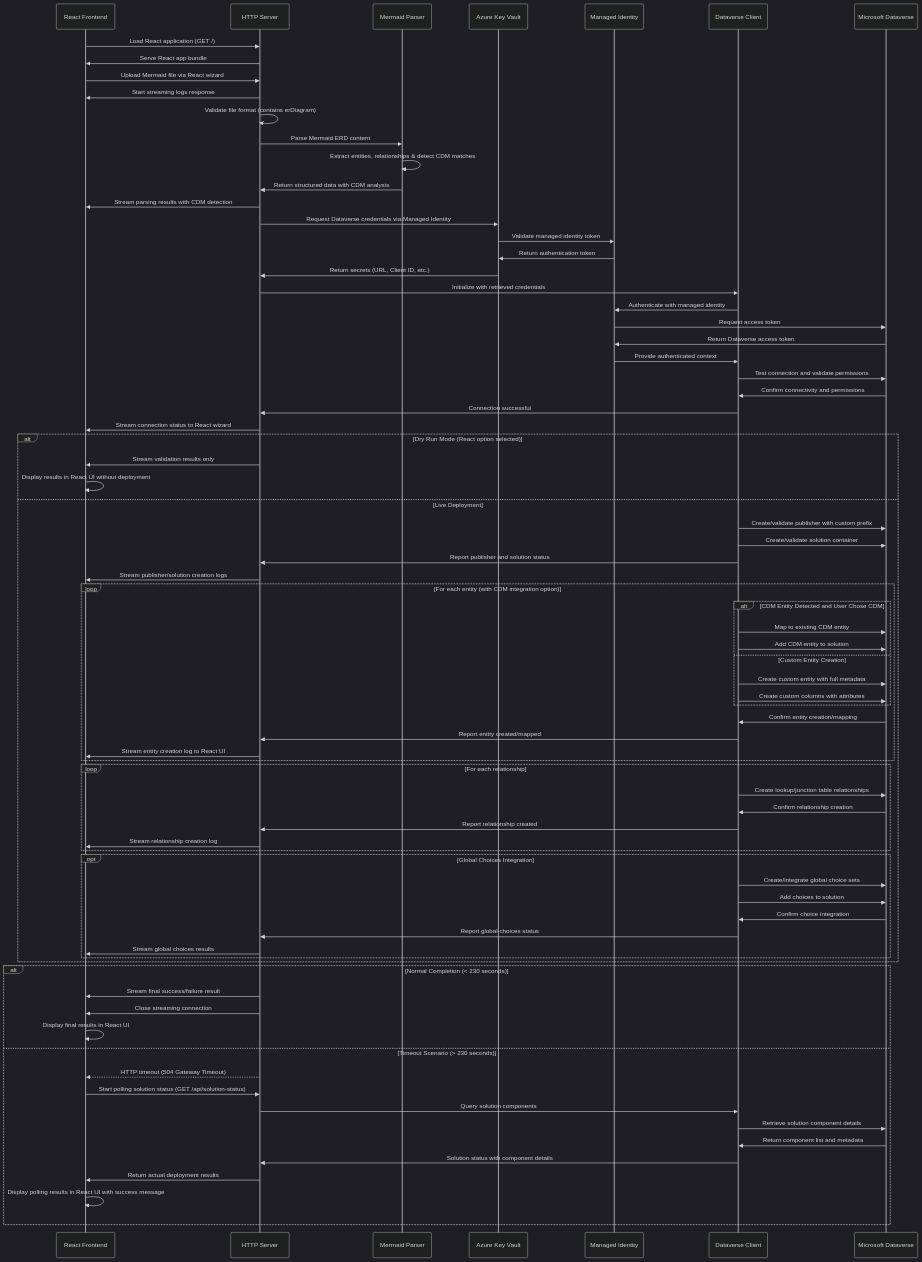
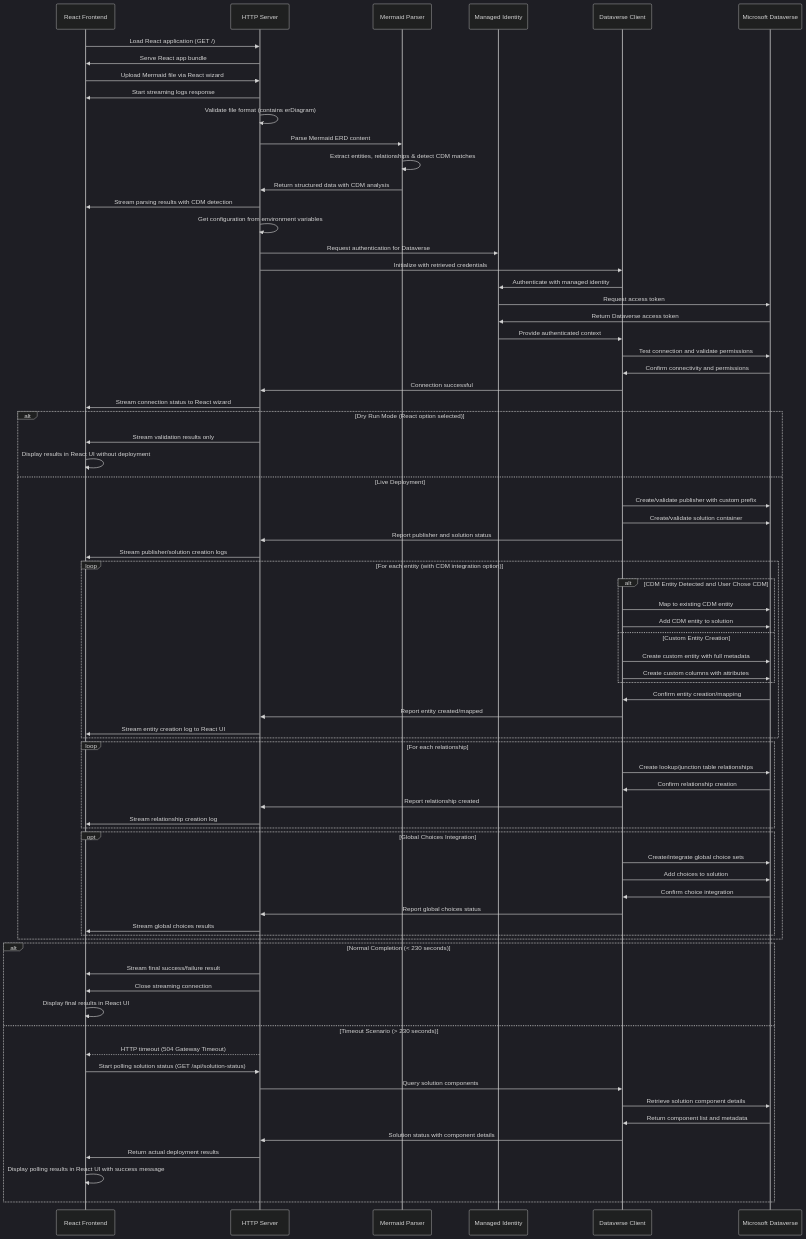
One commit to LuiseFreese/mermaid changed the third of 3 diagrams in docs/DEVELOPER_ARCHITECTURE.md. Above: the diagram before and after it, drawn with Mermaid (dark theme). The commit also changed other lines of this file and 46 other files, not shown here.

```diff
--- a/docs/DEVELOPER_ARCHITECTURE.md
+++ b/docs/DEVELOPER_ARCHITECTURE.md
@@ -1540,7 +1527,6 @@
     participant User as React Frontend
     participant Server as HTTP Server
     participant Parser as Mermaid Parser
-    participant KeyVault as Azure Key Vault
     participant MI as Managed Identity
     participant Client as Dataverse Client
     participant Dataverse as Microsoft Dataverse
@@ -1555,10 +1541,8 @@
     Parser->>Server: Return structured data with CDM analysis
     Server->>User: Stream parsing results with CDM detection
     
-    Server->>KeyVault: Request Dataverse credentials via Managed Identity
-    KeyVault->>MI: Validate managed identity token
-    MI->>KeyVault: Return authentication token
-    KeyVault->>Server: Return secrets (URL, Client ID, etc.)
+    Server->>Server: Get configuration from environment variables
+    Server->>MI: Request authentication for Dataverse
     
     Server->>Client: Initialize with retrieved credentials
     Client->>MI: Authenticate with managed identity
```
